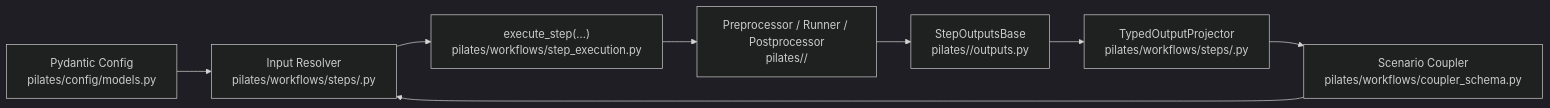
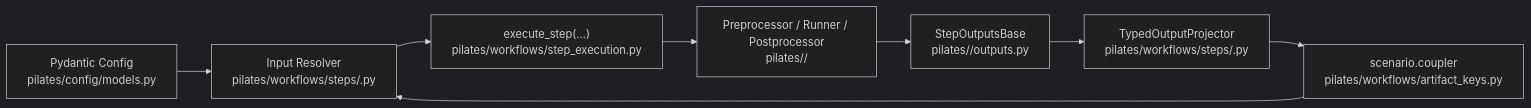
The diagram in docs/extend/adding_a_model.md (LBNL-UCB-STI/PILATES), drawn with Mermaid (dark theme) before and after one commit. The commit also changed other lines of this file, not shown here.

````diff
--- a/docs/extend/adding_a_model.md
+++ b/docs/extend/adding_a_model.md
@@ -16,10 +16,10 @@
 ```mermaid
 flowchart LR
     Config["Pydantic Config\npilates/config/models.py"] --> Resolver["Input Resolver\npilates/workflows/steps/<model>.py"]
-    Coupler["Scenario Coupler\npilates/workflows/coupler_schema.py"] --> Resolver
+    Coupler["scenario.coupler\npilates/workflows/artifact_keys.py"] --> Resolver
     Resolver --> Exec["execute_step(...)\npilates/workflows/step_execution.py"]
     Exec --> Adapter["Preprocessor / Runner / Postprocessor\npilates/<model>/"]
     Adapter --> Outputs["StepOutputsBase\npilates/<model>/outputs.py"]
     Outputs --> Projector["TypedOutputProjector\npilates/workflows/steps/<model>.py"]
     Projector --> Coupler
 ```
````
